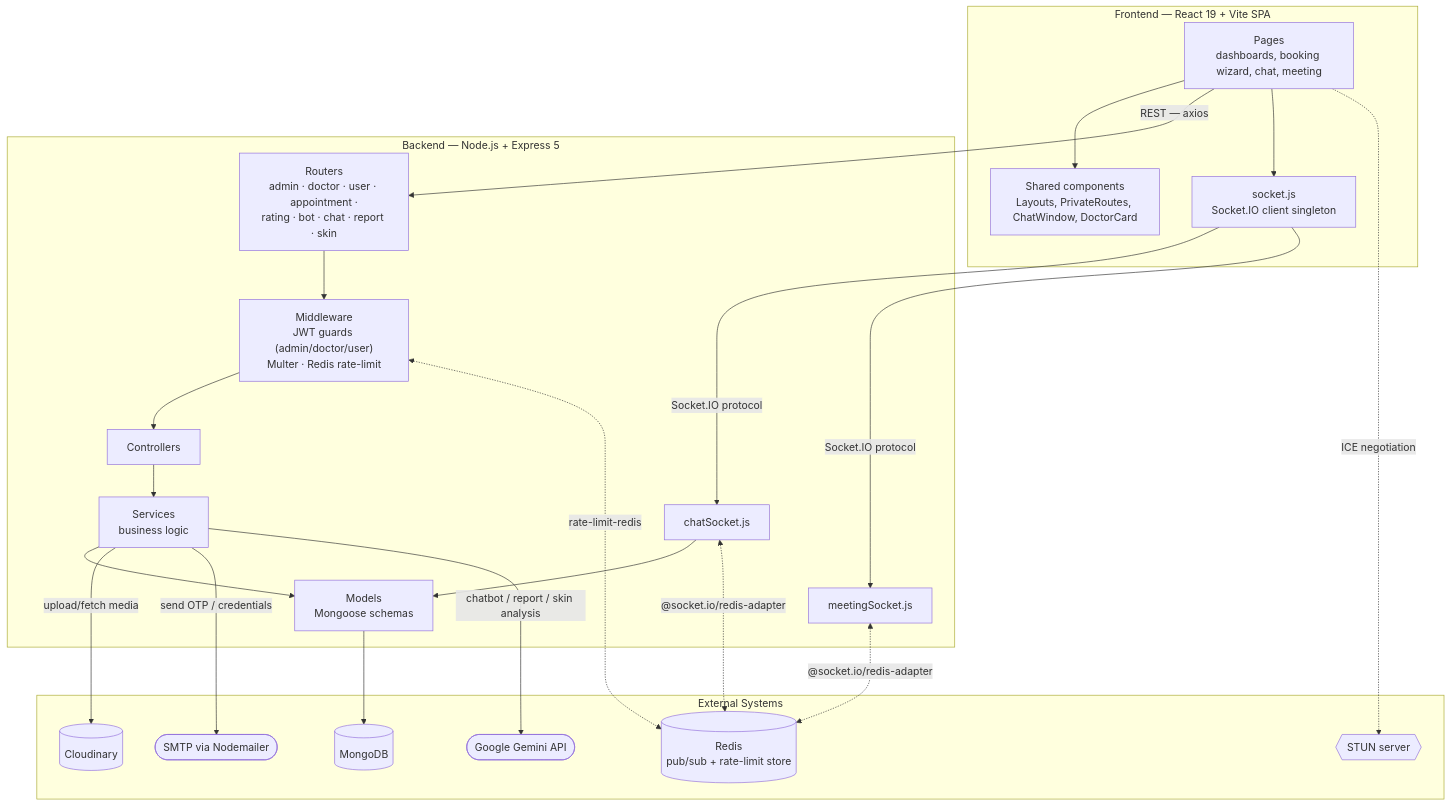
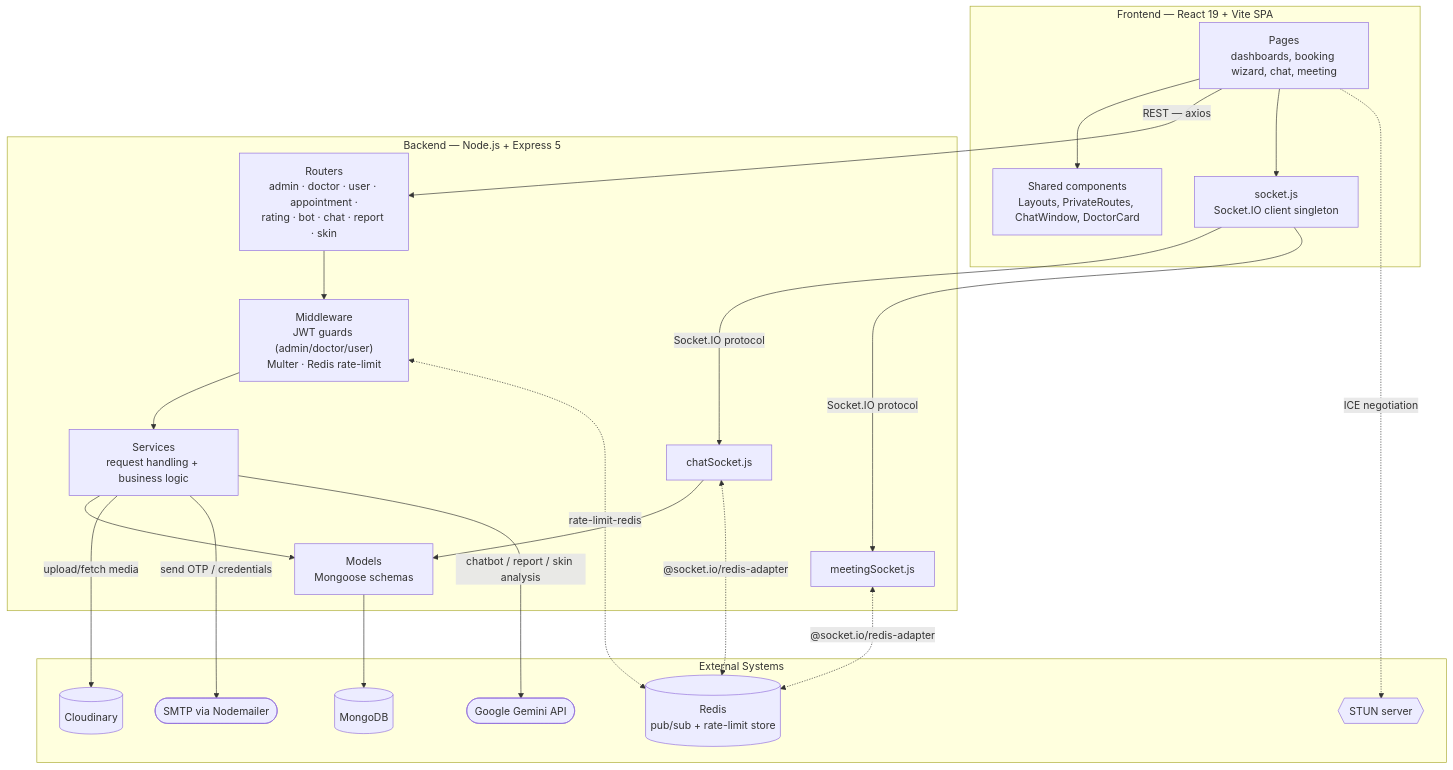
Before and after one commit to dolishaa29/healthcare_app: the fifth of 8 diagrams in docs/uml.md, drawn with Mermaid. The commit also changed other lines of this file and 66 other files, not shown here.

````diff
--- a/docs/uml.md
+++ b/docs/uml.md
@@ -352,43 +346,42 @@
 ```mermaid
 flowchart TB
     subgraph FE["Frontend — React 19 + Vite SPA"]
         Pages["Pages<br/>dashboards, booking wizard, chat, meeting"]
         Shared["Shared components<br/>Layouts, PrivateRoutes, ChatWindow, DoctorCard"]
         SocketClient["socket.js<br/>Socket.IO client singleton"]
     end
 
     subgraph BE["Backend — Node.js + Express 5"]
         Routers["Routers<br/>admin · doctor · user · appointment ·<br/>rating · bot · chat · report · skin"]
         MW["Middleware<br/>JWT guards (admin/doctor/user)<br/>Multer · Redis rate-limit"]
-        Controllers["Controllers"]
-        Services["Services<br/>business logic"]
+        Services["Services<br/>request handling + business logic"]
         Models["Models<br/>Mongoose schemas"]
         ChatIO["chatSocket.js"]
         MeetIO["meetingSocket.js"]
     end
 
     subgraph Ext["External Systems"]
         Mongo[("MongoDB")]
         Redis[("Redis<br/>pub/sub + rate-limit store")]
         Cloud[("Cloudinary")]
         Gemini(["Google Gemini API"])
         SMTPsvc(["SMTP via Nodemailer"])
         STUN{{"STUN server"}}
     end
 
     Pages --> Shared
     Pages -->|"REST — axios"| Routers
     Pages --> SocketClient
     SocketClient -->|"Socket.IO protocol"| ChatIO
     SocketClient -->|"Socket.IO protocol"| MeetIO
 
-    Routers --> MW --> Controllers --> Services --> Models --> Mongo
+    Routers --> MW --> Services --> Models --> Mongo
     Services -->|"upload/fetch media"| Cloud
     Services -->|"send OTP / credentials"| SMTPsvc
     Services -->|"chatbot / report / skin analysis"| Gemini
     ChatIO --> Models
     ChatIO <-.->|"@socket.io/redis-adapter"| Redis
     MeetIO <-.->|"@socket.io/redis-adapter"| Redis
     MW <-.->|"rate-limit-redis"| Redis
     Pages -.->|"ICE negotiation"| STUN
 ```
````
